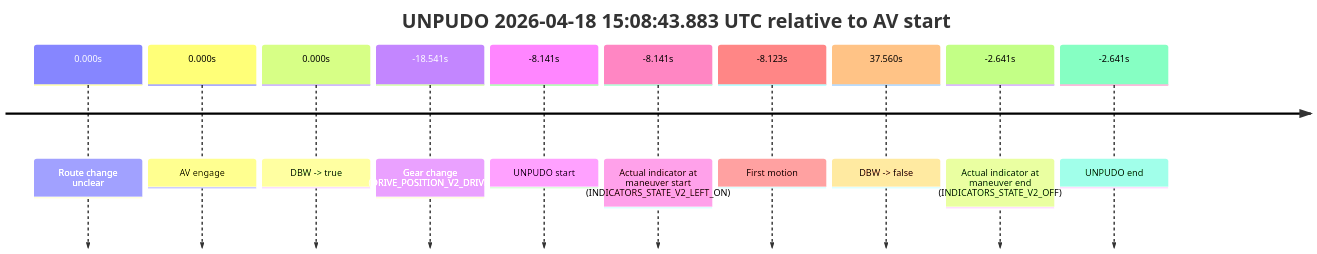
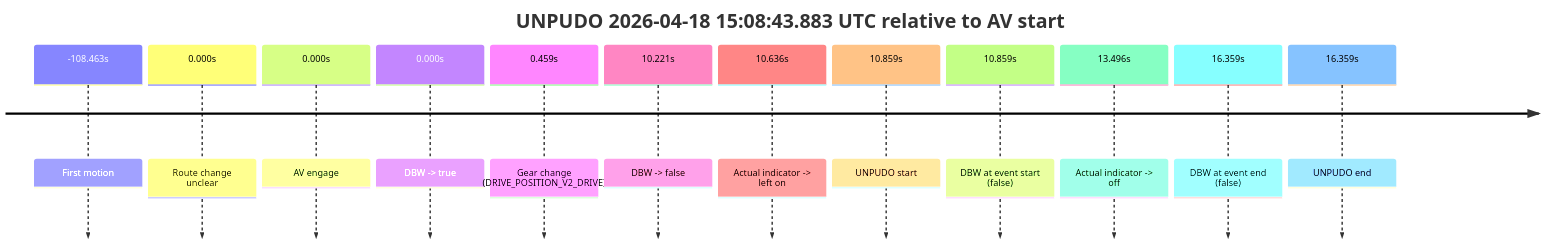
One commit to yoelshapiro/vault changed the third of 6 diagrams in model_analysis/report_cards/2026/04/Week-3/fme20009--2026-04-18--14-00-51--gen2-av-fa240476-d7e6-4183-90da-e8414b3bb819.md. Above: the diagram before and after it, drawn with Mermaid. The commit also changed other lines of this file and 85 other files, not shown here.

````diff
--- a/model_analysis/report_cards/2026/04/Week-3/fme20009--2026-04-18--14-00-51--gen2-av-fa240476-d7e6-4183-90da-e8414b3bb819.md
+++ b/model_analysis/report_cards/2026/04/Week-3/fme20009--2026-04-18--14-00-51--gen2-av-fa240476-d7e6-4183-90da-e8414b3bb819.md
@@ -367,14 +219,16 @@
 ```mermaid
 timeline
     title UNPUDO 2026-04-18 15:08:43.883 UTC relative to AV start
+    -108.463s : First motion
     0.000s : Route change unclear
     0.000s : AV engage
     0.000s : DBW -> true
-    -18.541s : Gear change (DRIVE_POSITION_V2_DRIVE)
-    -8.141s : UNPUDO start
-    -8.141s : Actual indicator at maneuver start (INDICATORS_STATE_V2_LEFT_ON)
-    -8.123s : First motion
-    37.560s : DBW -> false
-    -2.641s : Actual indicator at maneuver end (INDICATORS_STATE_V2_OFF)
-    -2.641s : UNPUDO end
+    0.459s : Gear change (DRIVE_POSITION_V2_DRIVE)
+    10.221s : DBW -> false
+    10.636s : Actual indicator -> left on
+    10.859s : UNPUDO start
+    10.859s : DBW at event start (false)
+    13.496s : Actual indicator -> off
+    16.359s : DBW at event end (false)
+    16.359s : UNPUDO end
 ```
````
